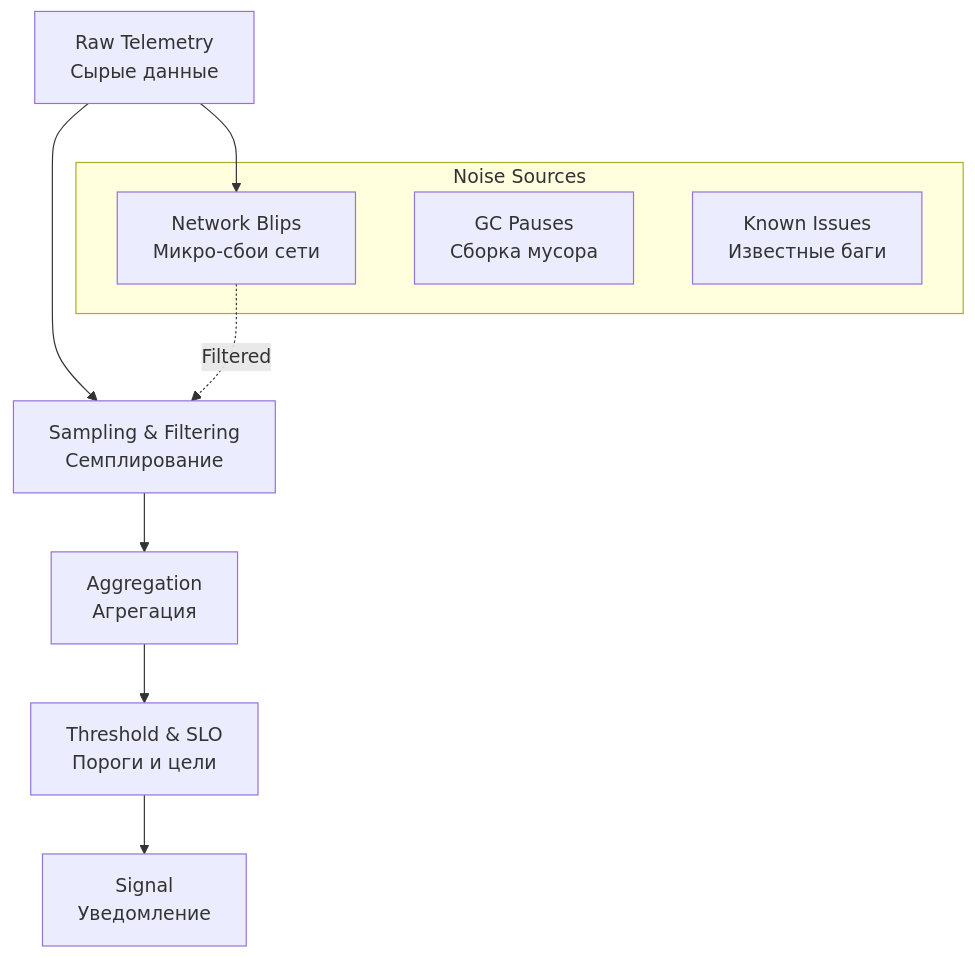
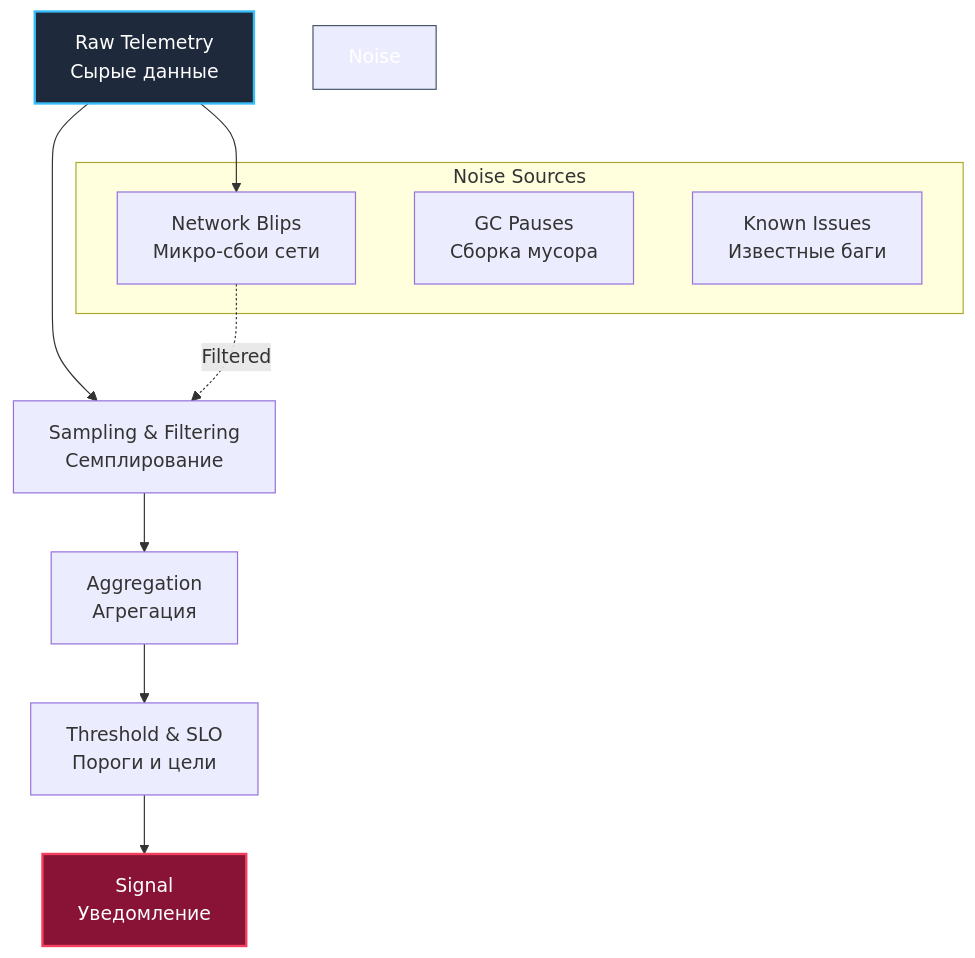
The diagram in sources/18. Observability (Мониторинг и наблюдаемость)/05. Практика/4. Noise vs signal.md (UnrealTemplier/go-textbook), drawn with Mermaid before and after one commit. The commit also changed other lines of this file, not shown here.

Commit message:
feat(module-18): editorial rewrite of 05.4 Noise vs signal in Kernighan style

````diff
--- a/sources/18. Observability (Мониторинг и наблюдаемость)/05. Практика/4. Noise vs signal.md
+++ b/sources/18. Observability (Мониторинг и наблюдаемость)/05. Практика/4. Noise vs signal.md
@@ -34,16 +60,20 @@
 ```mermaid
 flowchart TD
     A["Raw Telemetry<br>Сырые данные"] --> B["Sampling & Filtering<br>Семплирование"]
     B --> C["Aggregation<br>Агрегация"]
     C --> D["Threshold & SLO<br>Пороги и цели"]
     D --> E["Signal<br>Уведомление"]
 
     subgraph "Noise Sources"
         N1["Network Blips<br>Микро-сбои сети"]
         N2["GC Pauses<br>Сборка мусора"]
         N3["Known Issues<br>Известные баги"]
     end
 
     A --> N1
     N1 -.->|"Filtered"| B
+
+    style A fill:#1e293b,stroke:#38bdf8,stroke-width:2px,color:#fff
+    style E fill:#881337,stroke:#f43f5e,stroke-width:2px,color:#fff
+    style Noise Sources fill:#0f172a,stroke:#475569,stroke-width:1px,color:#fff
 ```
````
